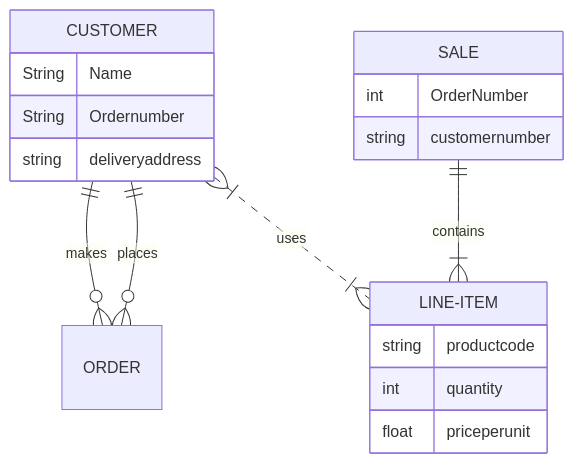
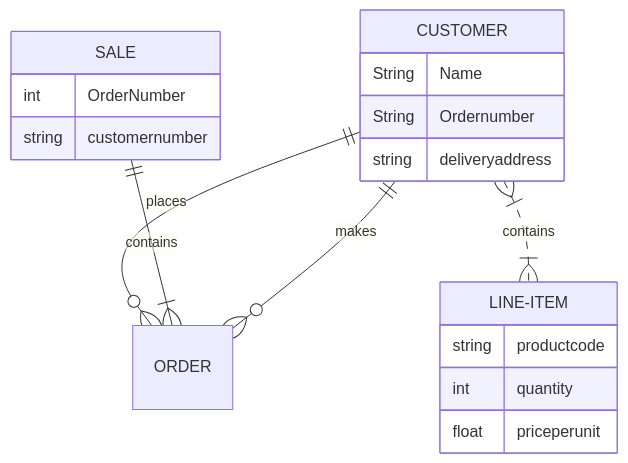
One commit to slaucks/slaucks.github.io changed the diagram in NikeStore_ERD.md. Above: the diagram before and after it, drawn with Mermaid.

````diff
--- a/NikeStore_ERD.md
+++ b/NikeStore_ERD.md
@@ -1,22 +1,22 @@
 ```mermaid
 erDiagram
     CUSTOMER ||--o{ ORDER : places
     CUSTOMER {
            String Name
            String Ordernumber
            string deliveryaddress
 }
-    SALE ||--|{ LINE-ITEM : contains
+    SALE ||--|{ ORDER : contains
     SALE { 
        int OrderNumber
        string customernumber
     }
-    CUSTOMER }|..|{ LINE-ITEM : uses
+    CUSTOMER }|..|{ LINE-ITEM : contains
     LINE-ITEM {
           string productcode
           int quantity
           float priceperunit
     }
 CUSTOMER only one to zero or more ORDER : makes
 
 ```
````
